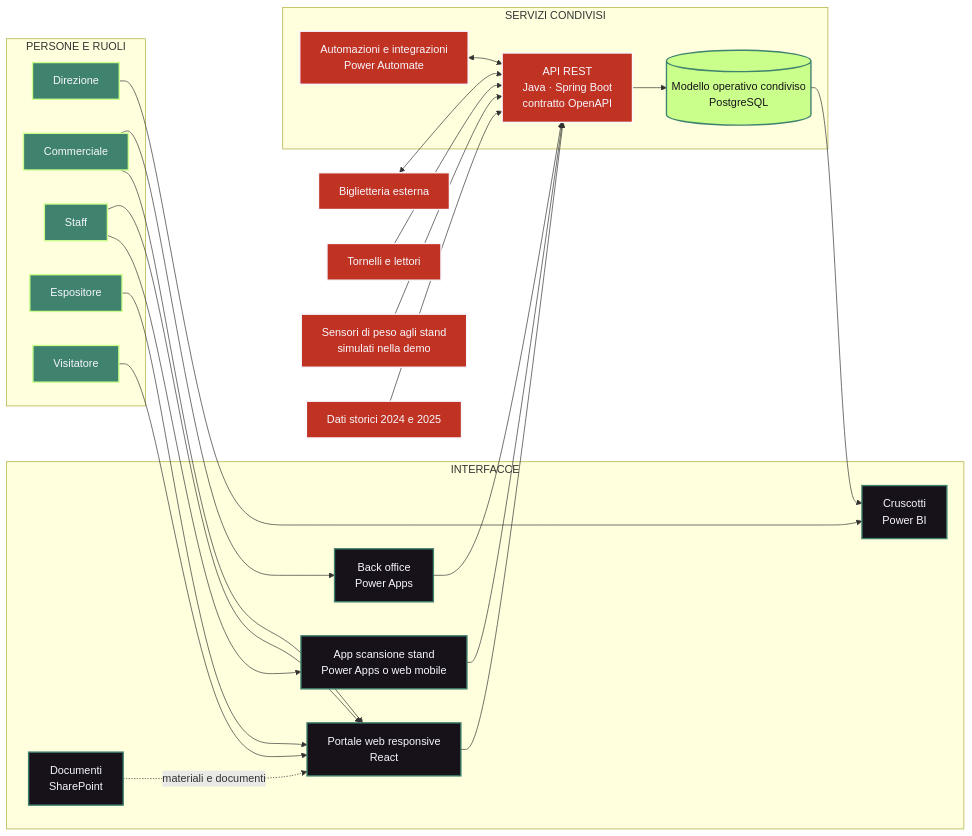
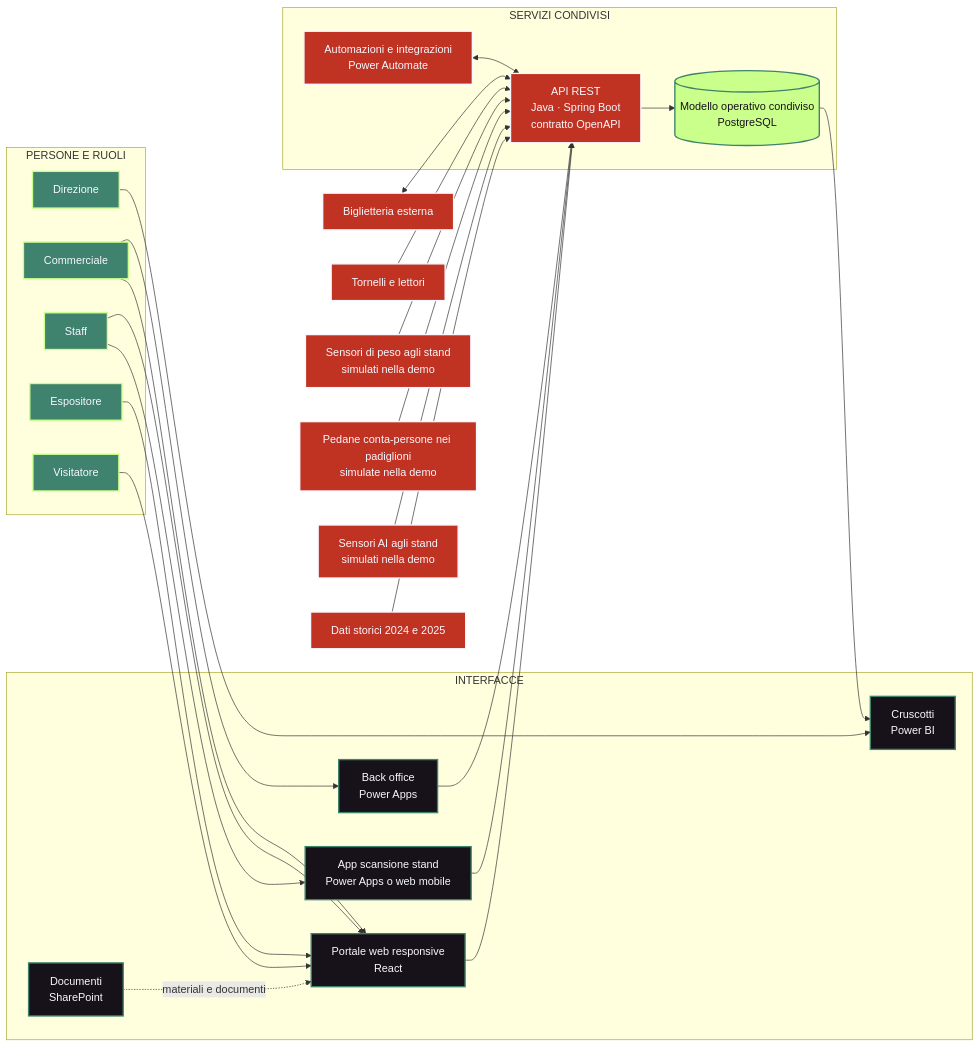
The first of 5 diagrams in README.md (stand-up-arcade-milan/Standup-platform), drawn with Mermaid before and after one commit. The commit also changed other lines of this file, not shown here.

````diff
--- a/README.md
+++ b/README.md
@@ -35,57 +35,61 @@
 ```mermaid
 flowchart LR
     subgraph persone["PERSONE E RUOLI"]
         D["Direzione"]
         C["Commerciale"]
         S["Staff"]
         E["Espositore"]
         V["Visitatore"]
     end
 
     subgraph interfacce["INTERFACCE"]
         WEB["Portale web responsive<br/>React"]
         PA["Back office<br/>Power Apps"]
         SCAN["App scansione stand<br/>Power Apps o web mobile"]
         BI["Cruscotti<br/>Power BI"]
         DOC["Documenti<br/>SharePoint"]
     end
 
     subgraph servizi["SERVIZI CONDIVISI"]
         API["API REST<br/>Java · Spring Boot<br/>contratto OpenAPI"]
         FLOW["Automazioni e integrazioni<br/>Power Automate"]
         DB[("Modello operativo condiviso<br/>PostgreSQL")]
     end
 
     TICKET["Biglietteria esterna"]
     TURN["Tornelli e lettori"]
     SENS["Sensori di peso agli stand<br/>simulati nella demo"]
+    PED["Pedane conta-persone nei padiglioni<br/>simulate nella demo"]
+    AI["Sensori AI agli stand<br/>simulati nella demo"]
     HIST["Dati storici 2024 e 2025"]
 
     D --> BI
     C --> PA
     C --> WEB
     S --> WEB
     S --> SCAN
     E --> WEB
     V --> WEB
     WEB --> API
     PA --> API
     SCAN --> API
     API --> DB
     FLOW <--> API
     DB --> BI
     DOC -. "materiali e documenti" .-> WEB
     TICKET <--> API
     TURN --> API
     HIST --> API
     SENS --> API
+    PED --> API
+    AI --> API
 
     classDef people fill:#3f826d,color:#f7f7ff,stroke:#cbff8c,stroke-width:2px
     classDef ui fill:#171219,color:#f7f7ff,stroke:#3f826d,stroke-width:2px
     classDef platform fill:#c03221,color:#f7f7ff,stroke:#f7f7ff,stroke-width:2px
     classDef store fill:#cbff8c,color:#171219,stroke:#3f826d,stroke-width:2px
     class D,C,S,E,V people
     class WEB,PA,SCAN,BI,DOC ui
-    class API,FLOW,TICKET,TURN,HIST,SENS platform
+    class API,FLOW,TICKET,TURN,HIST,SENS,PED,AI platform
     class DB store
 ```
````
